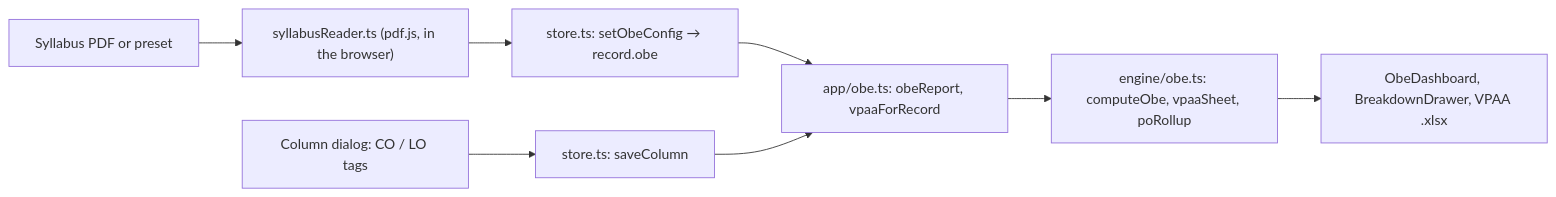
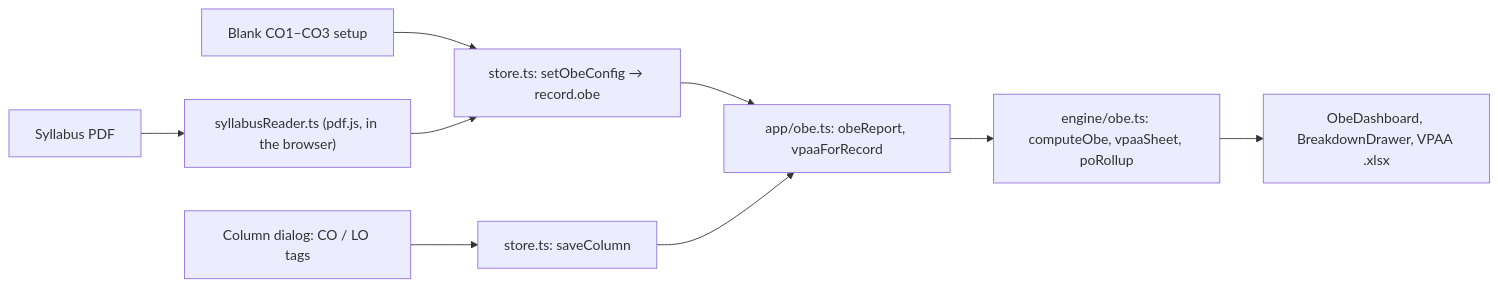
The third of 3 diagrams in ARCHITECTURE.md (mjbadorable/Mastersoft-Grade-Encoding-Assistant), drawn with Mermaid before and after one commit. The commit also changed other lines of this file and 4 other files, not shown here.

First line of the commit message:
Replace the hardcoded syllabus presets with a blank CO1–CO3 default

````diff
--- a/ARCHITECTURE.md
+++ b/ARCHITECTURE.md
@@ -69,10 +69,11 @@
 ```mermaid
 flowchart LR
-  A[Syllabus PDF or preset] --> B["syllabusReader.ts (pdf.js, in the browser)"]
+  A[Syllabus PDF] --> B["syllabusReader.ts (pdf.js, in the browser)"]
+  A2[Blank CO1–CO3 setup] --> C
   B --> C["store.ts: setObeConfig → record.obe"]
   D[Column dialog: CO / LO tags] --> E["store.ts: saveColumn"]
   C --> F["app/obe.ts: obeReport, vpaaForRecord"]
   E --> F
   F --> G["engine/obe.ts: computeObe, vpaaSheet, poRollup"]
   G --> H["ObeDashboard, BreakdownDrawer, VPAA .xlsx"]
 ```
````
